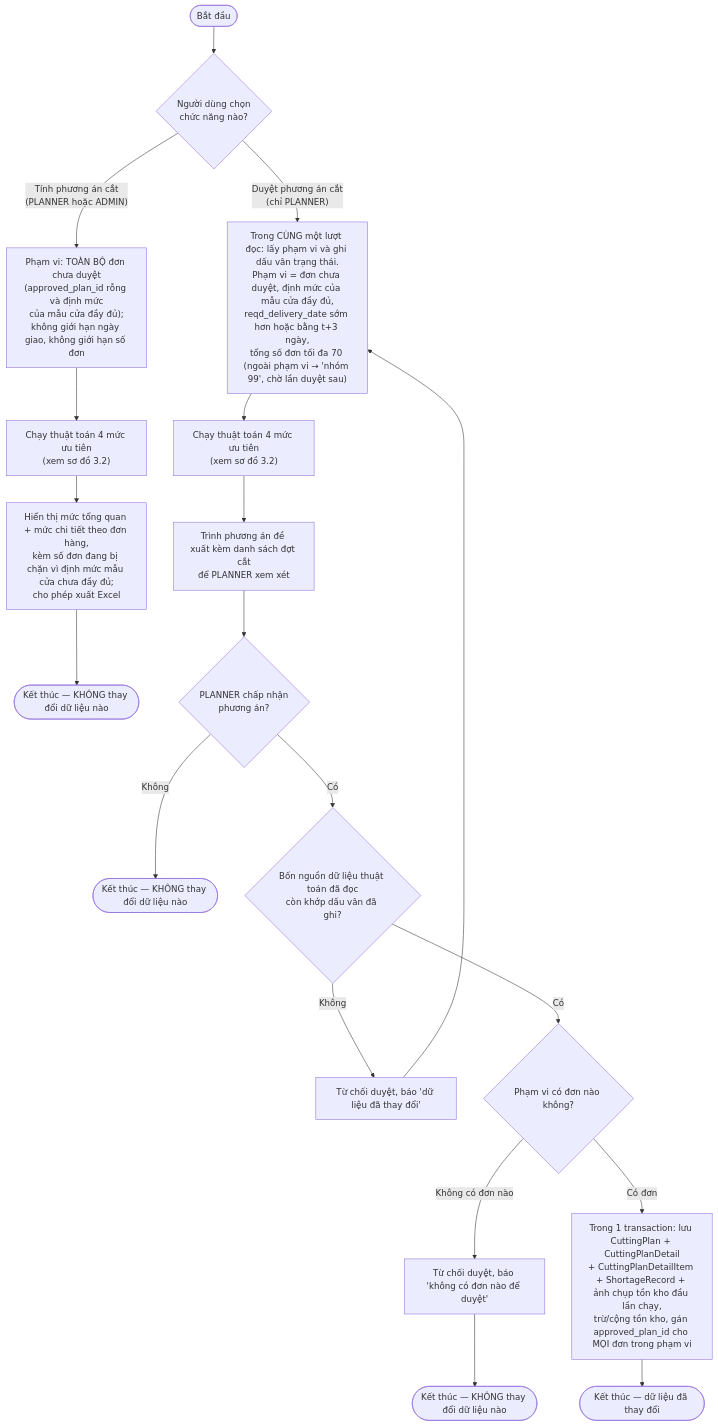
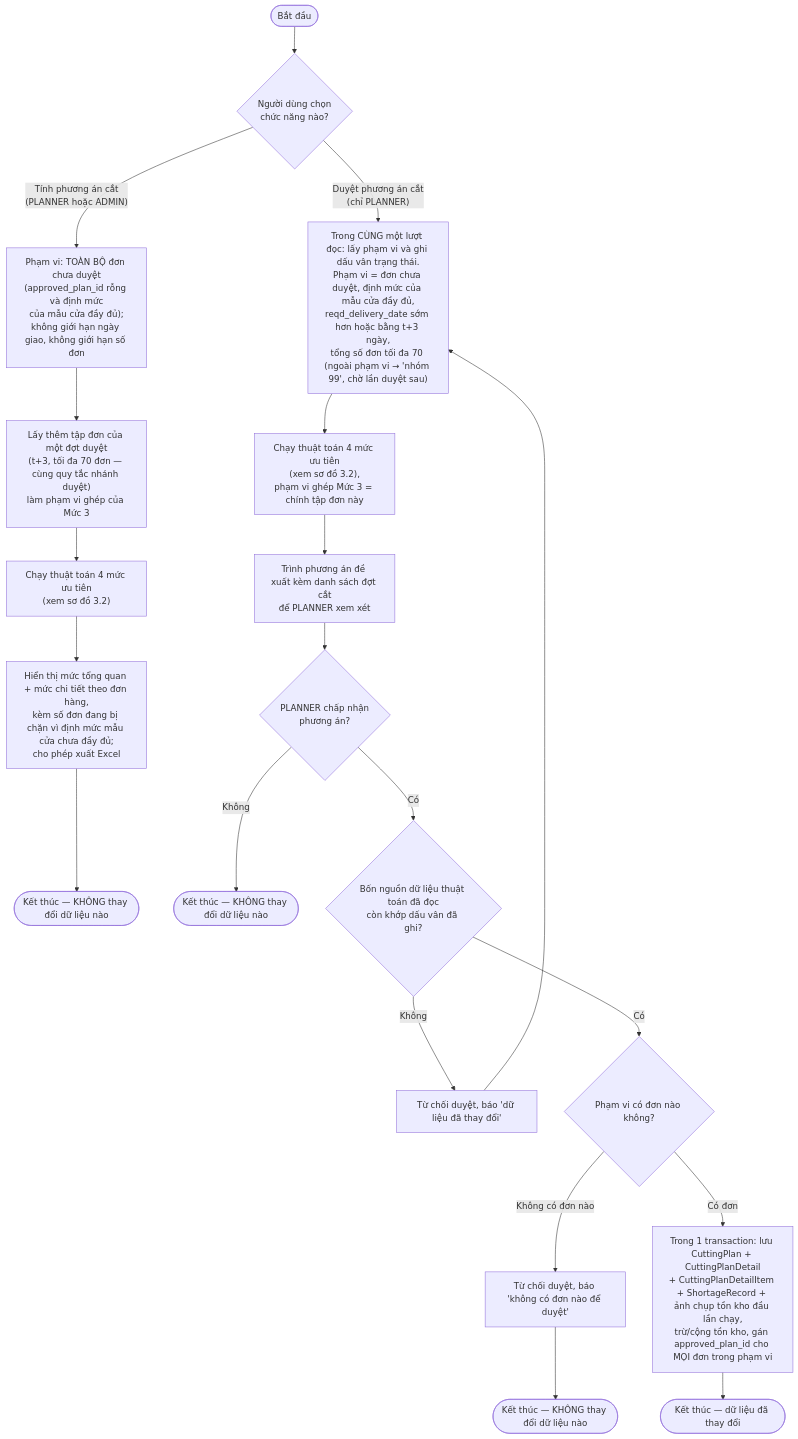
One commit to huydeptraii123/GraduationThesis changed the third of 5 diagrams in docs/activity-diagrams.md. Above: the diagram before and after it, drawn with Mermaid. The commit also changed other lines of this file and 4 other files, not shown here.

Commit message:
docs: ghi nhận phạm vi ghép mức 3 của chức năng tính và ca kiểm thử TC-SIM-09

````diff
--- a/docs/activity-diagrams.md
+++ b/docs/activity-diagrams.md
@@ -107,23 +107,24 @@
 ```mermaid
 flowchart TD
     A([Bắt đầu]) --> B{"Người dùng chọn<br/>chức năng nào?"}
 
     B -- "Tính phương án cắt<br/>(PLANNER hoặc ADMIN)" --> C["Phạm vi: TOÀN BỘ đơn chưa duyệt<br/>(approved_plan_id rỗng và định mức<br/>của mẫu cửa đầy đủ);<br/>không giới hạn ngày giao, không giới hạn số đơn"]
-    C --> D["Chạy thuật toán 4 mức ưu tiên<br/>(xem sơ đồ 3.2)"]
+    C --> C1["Lấy thêm tập đơn của một đợt duyệt<br/>(t+3, tối đa 70 đơn — cùng quy tắc nhánh duyệt)<br/>làm phạm vi ghép của Mức 3"]
+    C1 --> D["Chạy thuật toán 4 mức ưu tiên<br/>(xem sơ đồ 3.2)"]
     D --> E["Hiển thị mức tổng quan + mức chi tiết theo đơn hàng,<br/>kèm số đơn đang bị chặn vì định mức mẫu cửa chưa đầy đủ;<br/>cho phép xuất Excel"]
     E --> Z1([Kết thúc — KHÔNG thay đổi dữ liệu nào])
 
     B -- "Duyệt phương án cắt<br/>(chỉ PLANNER)" --> F["Trong CÙNG một lượt đọc: lấy phạm vi và ghi dấu vân trạng thái.<br/>Phạm vi = đơn chưa duyệt, định mức của mẫu cửa đầy đủ,<br/>reqd_delivery_date sớm hơn hoặc bằng t+3 ngày,<br/>tổng số đơn tối đa 70 (ngoài phạm vi → 'nhóm 99', chờ lần duyệt sau)"]
-    F --> G["Chạy thuật toán 4 mức ưu tiên<br/>(xem sơ đồ 3.2)"]
+    F --> G["Chạy thuật toán 4 mức ưu tiên<br/>(xem sơ đồ 3.2),<br/>phạm vi ghép Mức 3 = chính tập đơn này"]
     G --> I["Trình phương án đề xuất kèm danh sách đợt cắt<br/>để PLANNER xem xét"]
     I --> J{"PLANNER chấp nhận<br/>phương án?"}
     J -- "Không" --> Z2([Kết thúc — KHÔNG thay đổi dữ liệu nào])
     J -- "Có" --> K{"Bốn nguồn dữ liệu thuật toán đã đọc<br/>còn khớp dấu vân đã ghi?"}
     K -- "Không" --> K1["Từ chối duyệt, báo 'dữ liệu đã thay đổi'"]
     K1 --> F
     K -- "Có" --> M{"Phạm vi có đơn nào không?"}
     M -- "Không có đơn nào" --> M1["Từ chối duyệt, báo 'không có đơn nào để duyệt'"]
     M1 --> Z4([Kết thúc — KHÔNG thay đổi dữ liệu nào])
     M -- "Có đơn" --> L["Trong 1 transaction: lưu CuttingPlan + CuttingPlanDetail<br/>+ CuttingPlanDetailItem + ShortageRecord + ảnh chụp tồn kho đầu lần chạy,<br/>trừ/cộng tồn kho, gán approved_plan_id cho MỌI đơn trong phạm vi"]
     L --> Z3([Kết thúc — dữ liệu đã thay đổi])
 ```
````
